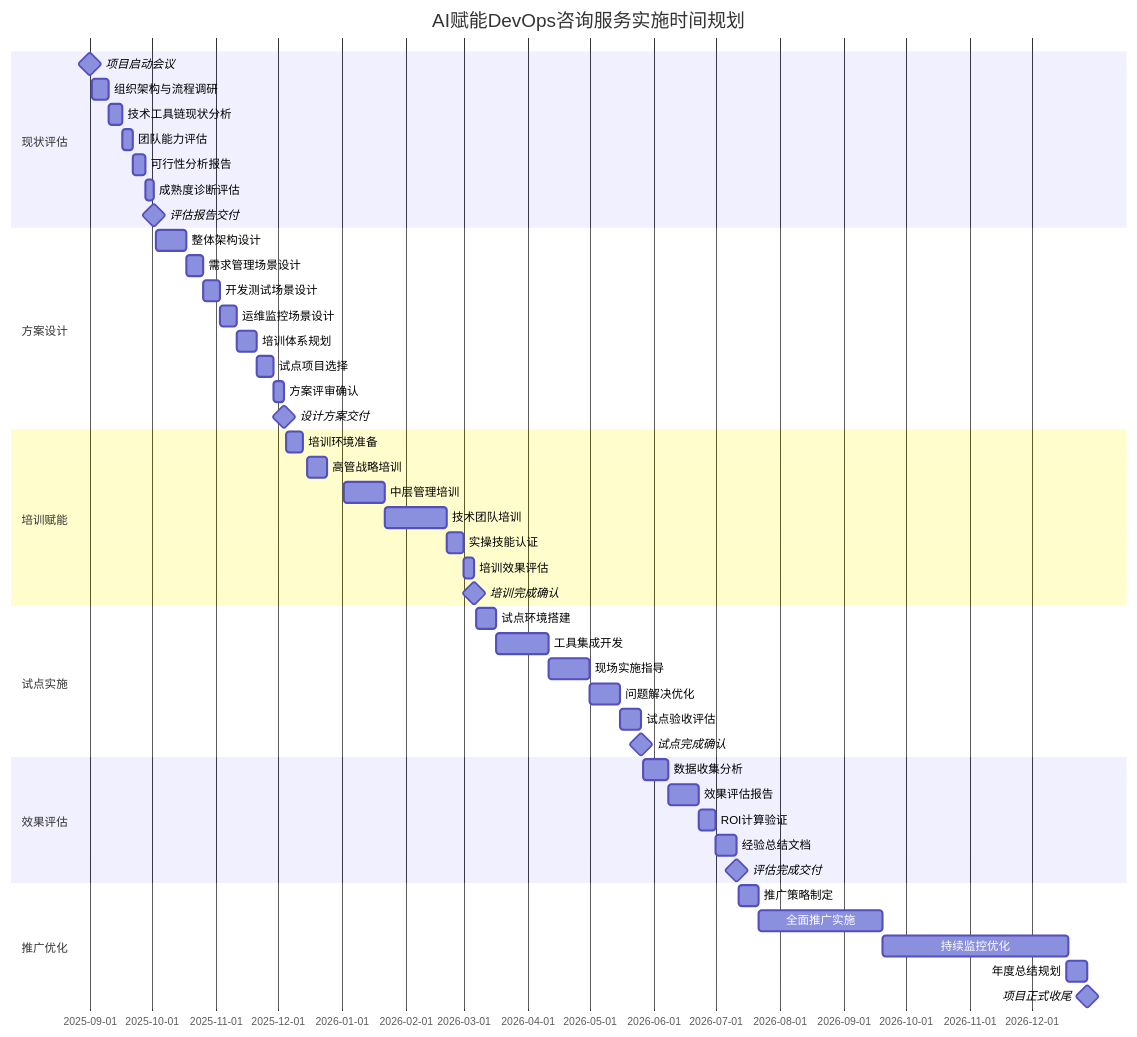
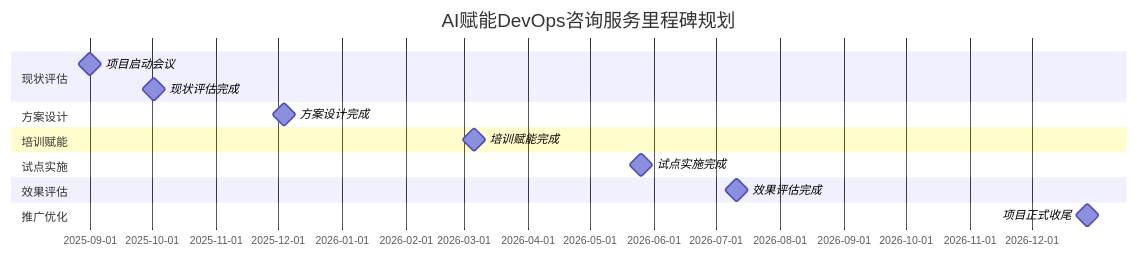
Before and after one commit to chuanminglu/aiworkdocs: the second of 3 diagrams in 广州集装箱/AI赋能企业DevOps流程数字化转型解决方案.md, drawn with Mermaid. The commit also changed other lines of this file, not shown here.

First line of the commit message:
修复：PlantUML甘特图语法错误

````diff
--- a/广州集装箱/AI赋能企业DevOps流程数字化转型解决方案.md
+++ b/广州集装箱/AI赋能企业DevOps流程数字化转型解决方案.md
@@ -619,55 +619,24 @@
 ```mermaid
 gantt
-    title AI赋能DevOps咨询服务实施时间规划
+    title AI赋能DevOps咨询服务里程碑规划
     dateFormat  YYYY-MM-DD
     
     section 现状评估
     项目启动会议           :milestone, kickoff, 2025-09-01, 0d
-    组织架构与流程调研     :research1, 2025-09-02, 8d
-    技术工具链现状分析     :research2, 2025-09-10, 7d
-    团队能力评估          :research3, 2025-09-17, 5d
-    可行性分析报告        :analysis1, 2025-09-22, 6d
-    成熟度诊断评估        :maturity, 2025-09-28, 4d
-    评估报告交付          :milestone, eval-done, 2025-10-02, 0d
+    现状评估完成           :milestone, eval-done, 2025-10-02, 0d
   
     section 方案设计
-    整体架构设计          :design1, 2025-10-03, 15d
-    需求管理场景设计      :design2, 2025-10-18, 8d
-    开发测试场景设计      :design3, 2025-10-26, 8d
-    运维监控场景设计      :design4, 2025-11-03, 8d
-    培训体系规划          :training-plan, 2025-11-11, 10d
-    试点项目选择          :pilot-select, 2025-11-21, 8d
-    方案评审确认          :design-review, 2025-11-29, 5d
-    设计方案交付          :milestone, design-done, 2025-12-04, 0d
+    方案设计完成           :milestone, design-done, 2025-12-04, 0d
   
     section 培训赋能
-    培训环境准备          :train-prep, 2025-12-05, 8d
-    高管战略培训          :exec-train, 2025-12-15, 10d
-    中层管理培训          :mgmt-train, 2026-01-02, 20d
-    技术团队培训          :tech-train, 2026-01-22, 30d
-    实操技能认证          :certification, 2026-02-21, 8d
-    培训效果评估          :train-eval, 2026-03-01, 5d
-    培训完成确认          :milestone, train-done, 2026-03-06, 0d
+    培训赋能完成           :milestone, train-done, 2026-03-06, 0d
   
     section 试点实施
-    试点环境搭建          :pilot-env, 2026-03-07, 10d
-    工具集成开发          :integration, 2026-03-17, 25d
-    现场实施指导          :onsite-guide, 2026-04-11, 20d
-    问题解决优化          :troubleshoot, 2026-05-01, 15d
-    试点验收评估          :pilot-review, 2026-05-16, 10d
-    试点完成确认          :milestone, pilot-done, 2026-05-26, 0d
+    试点实施完成           :milestone, pilot-done, 2026-05-26, 0d
   
     section 效果评估
-    数据收集分析          :data-collect, 2026-05-27, 12d
-    效果评估报告          :effect-eval, 2026-06-08, 15d
-    ROI计算验证          :roi-calc, 2026-06-23, 8d
-    经验总结文档          :lessons, 2026-07-01, 10d
-    评估完成交付          :milestone, eval-complete, 2026-07-11, 0d
+    效果评估完成           :milestone, eval-complete, 2026-07-11, 0d
   
     section 推广优化
-    推广策略制定          :rollout-plan, 2026-07-12, 10d
-    全面推广实施          :rollout-exec, 2026-07-22, 60d
-    持续监控优化          :continuous, 2026-09-20, 90d
-    年度总结规划          :annual-review, 2026-12-18, 10d
-    项目正式收尾          :milestone, project-end, 2026-12-28, 0d
+    项目正式收尾           :milestone, project-end, 2026-12-28, 0d
 ```
````
